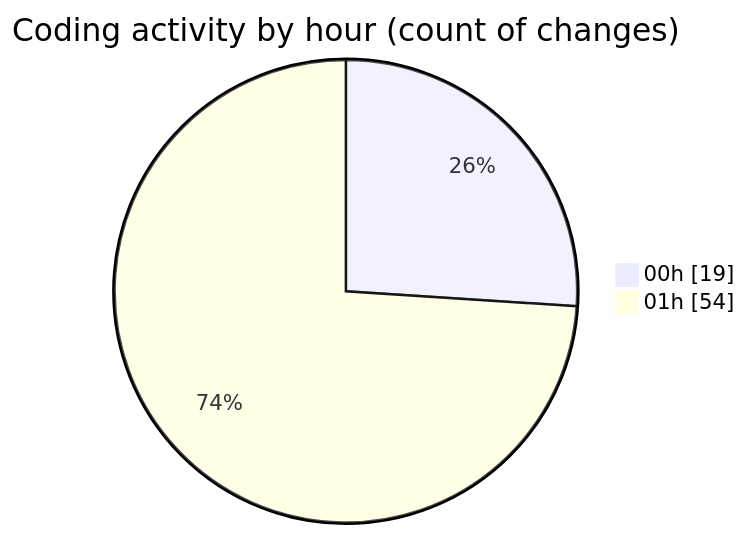
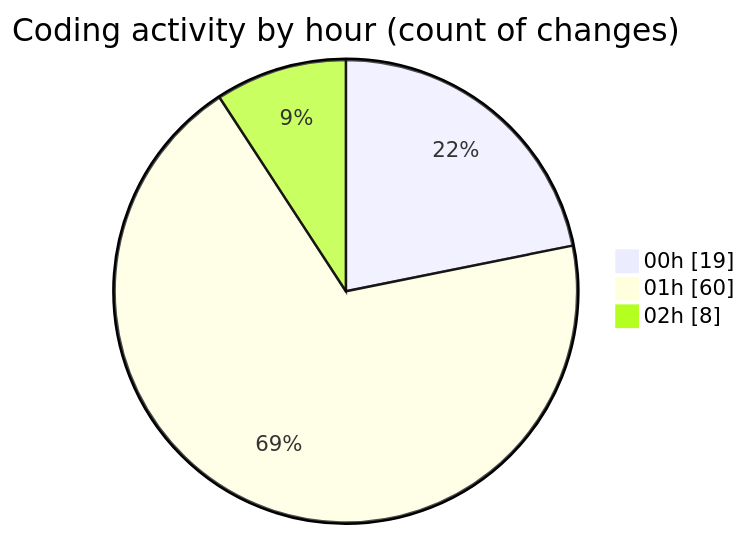
Before and after one commit to lephambinh05/code-tracking: the second of 2 diagrams in 2025-07-25/quanlyrapchieuphim-1/README.md, drawn with Mermaid. The commit also changed other lines of this file and 1 other file, not shown here.

````diff
--- a/2025-07-25/quanlyrapchieuphim-1/README.md
+++ b/2025-07-25/quanlyrapchieuphim-1/README.md
@@ -33,6 +33,7 @@
 ```mermaid
 pie showData
 title Coding activity by hour (count of changes)
 "00h" : 19
-"01h" : 54
+"01h" : 60
+"02h" : 8
 ```
````
